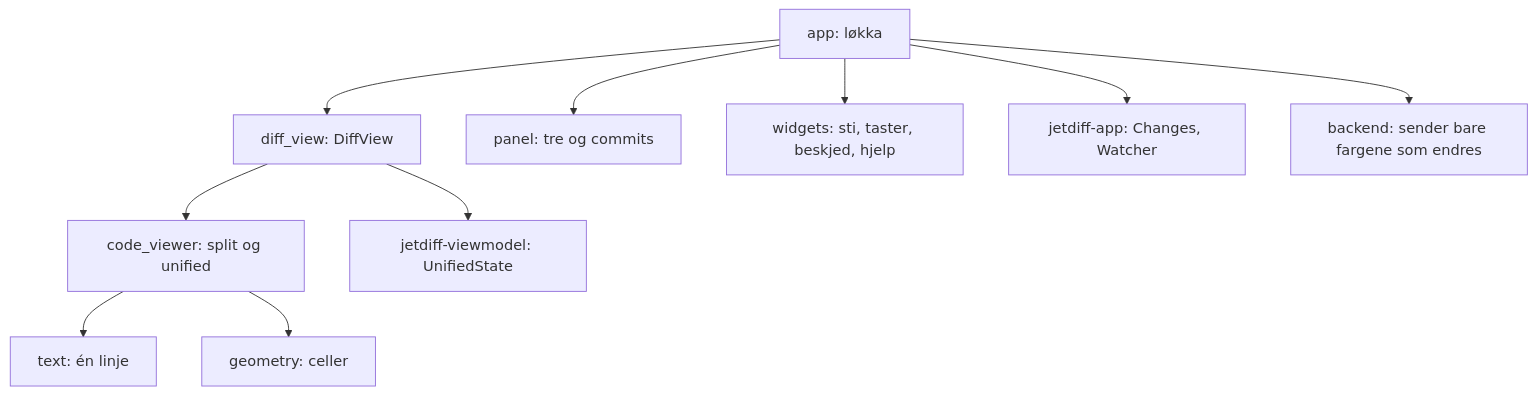
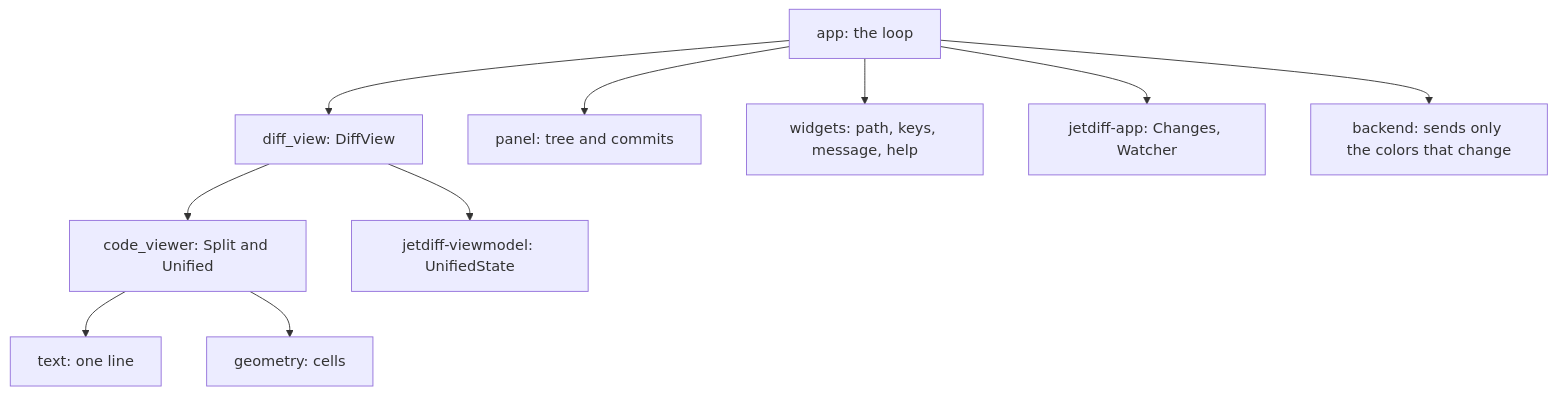
The diagram in crates/jetdiff-tui/README.md (akemkers/jetdiff), drawn with Mermaid before and after one commit. The commit also changed other lines of this file and 15 other files, not shown here.

````diff
--- a/crates/jetdiff-tui/README.md
+++ b/crates/jetdiff-tui/README.md
@@ -32,12 +32,12 @@
 ```mermaid
 graph TD
-    app[app: løkka] --> diff[diff_view: DiffView]
-    app --> panel[panel: tre og commits]
-    app --> widgets[widgets: sti, taster, beskjed, hjelp]
+    app[app: the loop] --> diff[diff_view: DiffView]
+    app --> panel[panel: tree and commits]
+    app --> widgets[widgets: path, keys, message, help]
     app --> changes[jetdiff-app: Changes, Watcher]
-    app --> backend[backend: sender bare fargene som endres]
-    diff --> viewer[code_viewer: split og unified]
-    viewer --> text[text: én linje]
-    viewer --> geometry[geometry: celler]
+    app --> backend[backend: sends only the colors that change]
+    diff --> viewer[code_viewer: Split and Unified]
+    viewer --> text[text: one line]
+    viewer --> geometry[geometry: cells]
     diff --> state[jetdiff-viewmodel: UnifiedState]
 ```
````
